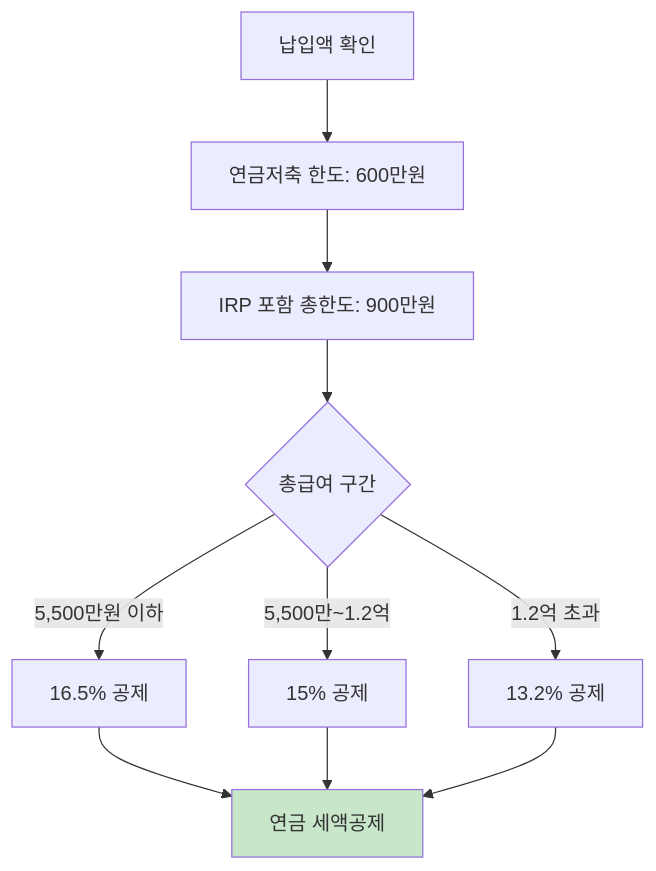
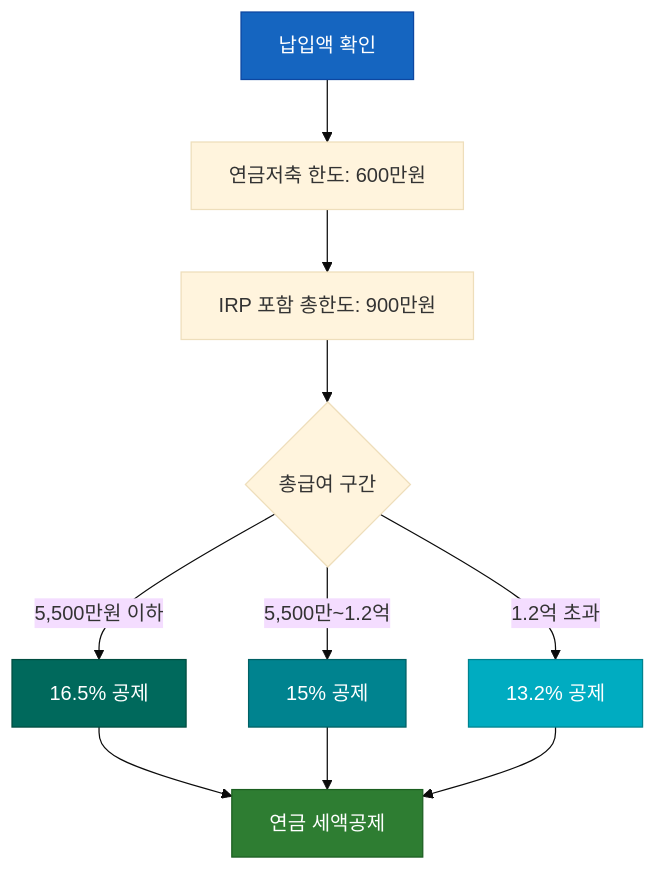
One commit to Z-3000/fina_r changed diagram 13 of 18 in docs/세금로직_플로우차트.md. Above: the diagram before and after it, drawn with Mermaid. The commit also changed other lines of this file, not shown here.

````diff
--- a/docs/세금로직_플로우차트.md
+++ b/docs/세금로직_플로우차트.md
@@ -434,14 +487,19 @@
 ```mermaid
+%%{init: {'theme': 'base'}}%%
 flowchart TD
     A["납입액 확인"] --> B["연금저축 한도: 600만원"]
     B --> C["IRP 포함 총한도: 900만원"]
 
     C --> D{총급여 구간}
     D -->|"5,500만원 이하"| E["16.5% 공제"]
     D -->|"5,500만~1.2억"| F["15% 공제"]
     D -->|"1.2억 초과"| G["13.2% 공제"]
 
     E & F & G --> H[연금 세액공제]
 
-    style H fill:#c8e6c9
+    style H fill:#2e7d32,stroke:#1b5e20,color:#fff
+    style A fill:#1565c0,stroke:#0d47a1,color:#fff
+    style E fill:#00695c,stroke:#004d40,color:#fff
+    style F fill:#00838f,stroke:#006064,color:#fff
+    style G fill:#00acc1,stroke:#00838f,color:#fff
 ```
````
